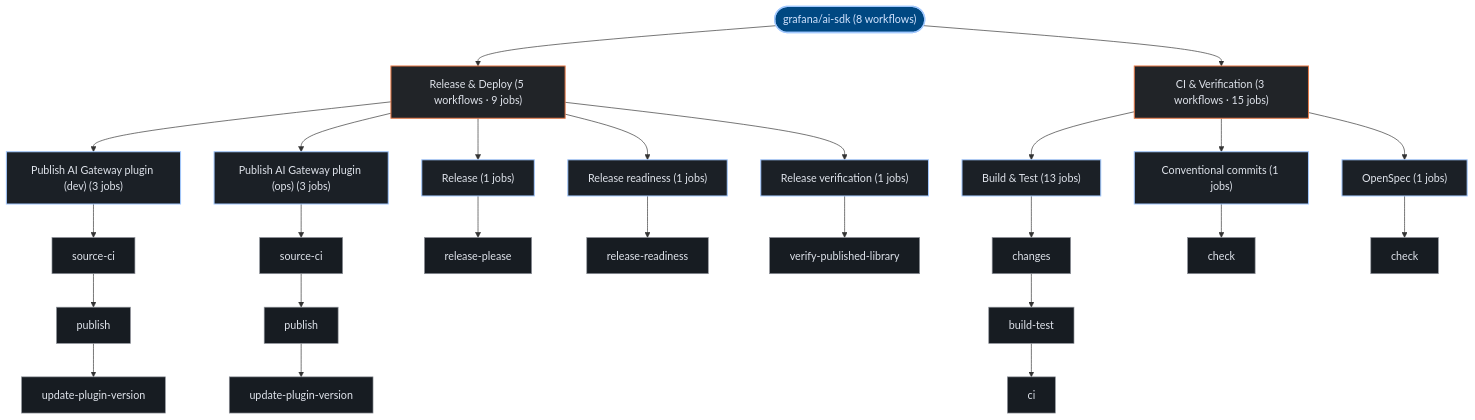
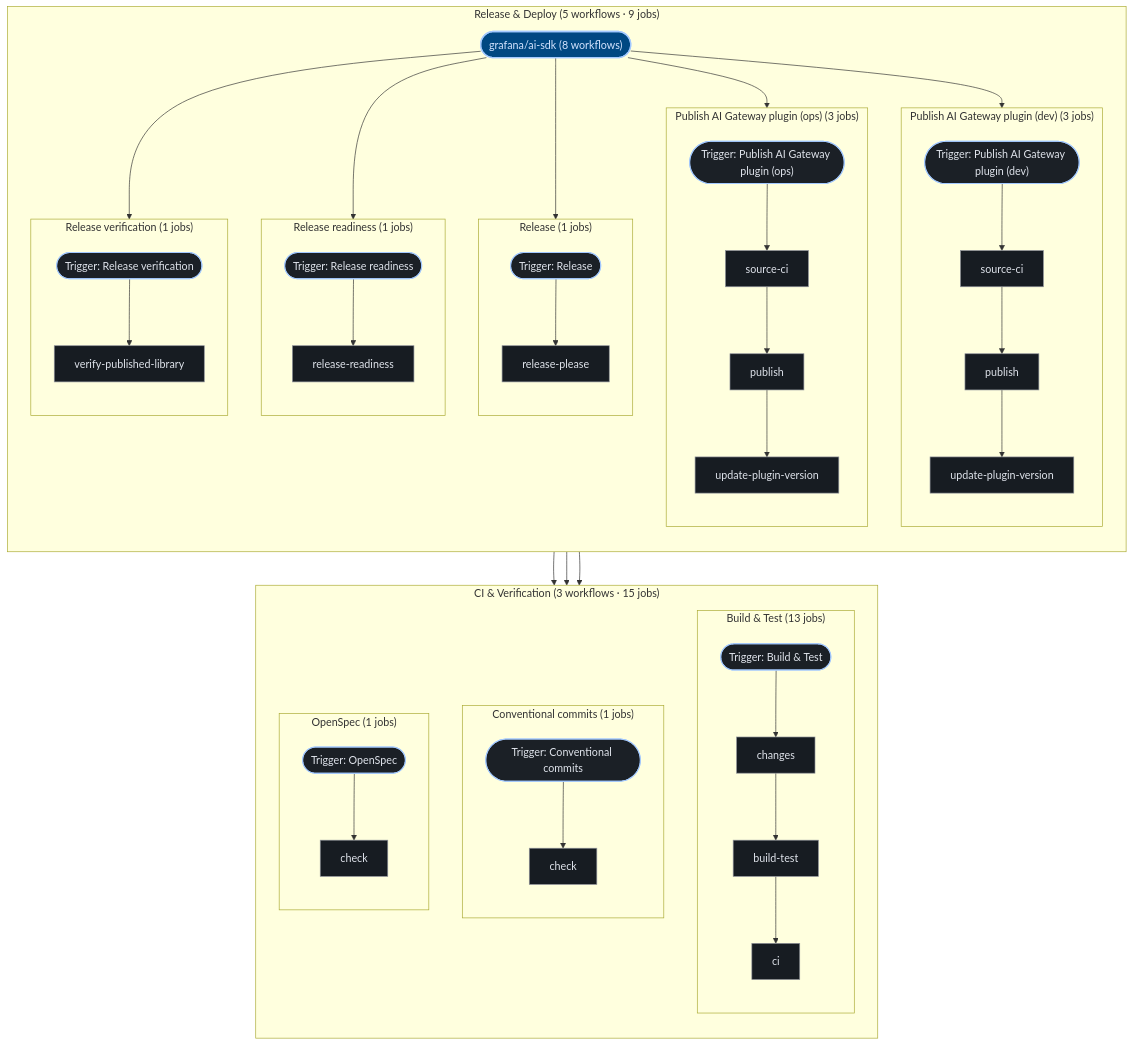
One commit to kumarshaz/atruss-code-atlas changed the third of 3 diagrams in exports/latest/reports/grafana-ai-sdk-report.md. Above: the diagram before and after it, drawn with Mermaid. The commit also changed 181 other files, not shown here.

````diff
--- a/exports/latest/reports/grafana-ai-sdk-report.md
+++ b/exports/latest/reports/grafana-ai-sdk-report.md
@@ -302,52 +302,78 @@
   classDef atlasAlert fill:#93000a,stroke:#ffb4ab,stroke-width:1.5px,color:#ffdad6
   classDef atlasMore fill:#252a31,stroke:#8d9199,stroke-dasharray:4 4,color:#c3c6cf
   pipeline_root(["grafana/ai-sdk (8 workflows)"]):::atlasRoot
-  grp_0_Release___Deploy["Release & Deploy (5 workflows · 9 jobs)"]:::atlasCategory
-  pipeline_root --> grp_0_Release___Deploy
-  wf_3_Publish_AI_Gateway_plugin__dev_["Publish AI Gateway plugin (dev) (3 jobs)"]:::atlasWorkflow
-  grp_0_Release___Deploy --> wf_3_Publish_AI_Gateway_plugin__dev_
-  job_3_source_ci["source-ci"]:::atlasJob
-  job_3_publish["publish"]:::atlasJob
-  job_3_update_plugin_version["update-plugin-version"]:::atlasJob
-  wf_3_Publish_AI_Gateway_plugin__dev_ --> job_3_source_ci
-  job_3_source_ci --> job_3_publish
-  job_3_publish --> job_3_update_plugin_version
-  wf_4_Publish_AI_Gateway_plugin__ops_["Publish AI Gateway plugin (ops) (3 jobs)"]:::atlasWorkflow
-  grp_0_Release___Deploy --> wf_4_Publish_AI_Gateway_plugin__ops_
-  job_4_source_ci["source-ci"]:::atlasJob
-  job_4_publish["publish"]:::atlasJob
-  job_4_update_plugin_version["update-plugin-version"]:::atlasJob
-  wf_4_Publish_AI_Gateway_plugin__ops_ --> job_4_source_ci
-  job_4_source_ci --> job_4_publish
-  job_4_publish --> job_4_update_plugin_version
-  wf_5_Release["Release (1 jobs)"]:::atlasWorkflow
-  grp_0_Release___Deploy --> wf_5_Release
-  job_5_release_please["release-please"]:::atlasJob
-  wf_5_Release --> job_5_release_please
-  wf_6_Release_readiness["Release readiness (1 jobs)"]:::atlasWorkflow
-  grp_0_Release___Deploy --> wf_6_Release_readiness
-  job_6_release_readiness["release-readiness"]:::atlasJob
-  wf_6_Release_readiness --> job_6_release_readiness
-  wf_7_Release_verification["Release verification (1 jobs)"]:::atlasWorkflow
-  grp_0_Release___Deploy --> wf_7_Release_verification
-  job_7_verify_published_library["verify-published-library"]:::atlasJob
-  wf_7_Release_verification --> job_7_verify_published_library
-  grp_1_CI___Verification["CI & Verification (3 workflows · 15 jobs)"]:::atlasCategory
-  pipeline_root --> grp_1_CI___Verification
-  wf_0_Build___Test["Build & Test (13 jobs)"]:::atlasWorkflow
-  grp_1_CI___Verification --> wf_0_Build___Test
-  job_0_changes["changes"]:::atlasJob
-  job_0_ci["ci"]:::atlasJob
-  job_0_build_test["build-test"]:::atlasJob
-  wf_0_Build___Test --> job_0_changes
-  job_0_build_test --> job_0_ci
-  job_0_changes --> job_0_build_test
-  wf_1_Conventional_commits["Conventional commits (1 jobs)"]:::atlasWorkflow
-  grp_1_CI___Verification --> wf_1_Conventional_commits
-  job_1_check["check"]:::atlasJob
-  wf_1_Conventional_commits --> job_1_check
-  wf_2_OpenSpec["OpenSpec (1 jobs)"]:::atlasWorkflow
-  grp_1_CI___Verification --> wf_2_OpenSpec
-  job_2_check["check"]:::atlasJob
-  wf_2_OpenSpec --> job_2_check
+  subgraph sg_grp_0_Release___Deploy["Release & Deploy (5 workflows · 9 jobs)"]
+    direction TB
+    subgraph sg_wf_3_Publish_AI_Gateway_plugin__dev_["Publish AI Gateway plugin (dev) (3 jobs)"]
+      direction TB
+      wf_3_Publish_AI_Gateway_plugin__dev_(["Trigger: Publish AI Gateway plugin (dev)"]):::atlasWorkflow
+      job_3_source_ci["source-ci"]:::atlasJob
+      job_3_publish["publish"]:::atlasJob
+      job_3_update_plugin_version["update-plugin-version"]:::atlasJob
+      wf_3_Publish_AI_Gateway_plugin__dev_ --> job_3_source_ci
+      job_3_source_ci --> job_3_publish
+      job_3_publish --> job_3_update_plugin_version
+    end
+    pipeline_root --> wf_3_Publish_AI_Gateway_plugin__dev_
+    subgraph sg_wf_4_Publish_AI_Gateway_plugin__ops_["Publish AI Gateway plugin (ops) (3 jobs)"]
+      direction TB
+      wf_4_Publish_AI_Gateway_plugin__ops_(["Trigger: Publish AI Gateway plugin (ops)"]):::atlasWorkflow
+      job_4_source_ci["source-ci"]:::atlasJob
+      job_4_publish["publish"]:::atlasJob
+      job_4_update_plugin_version["update-plugin-version"]:::atlasJob
+      wf_4_Publish_AI_Gateway_plugin__ops_ --> job_4_source_ci
+      job_4_source_ci --> job_4_publish
+      job_4_publish --> job_4_update_plugin_version
+    end
+    pipeline_root --> wf_4_Publish_AI_Gateway_plugin__ops_
+    subgraph sg_wf_5_Release["Release (1 jobs)"]
+      direction TB
+      wf_5_Release(["Trigger: Release"]):::atlasWorkflow
+      job_5_release_please["release-please"]:::atlasJob
+      wf_5_Release --> job_5_release_please
+    end
+    pipeline_root --> wf_5_Release
+    subgraph sg_wf_6_Release_readiness["Release readiness (1 jobs)"]
+      direction TB
+      wf_6_Release_readiness(["Trigger: Release readiness"]):::atlasWorkflow
+      job_6_release_readiness["release-readiness"]:::atlasJob
+      wf_6_Release_readiness --> job_6_release_readiness
+    end
+    pipeline_root --> wf_6_Release_readiness
+    subgraph sg_wf_7_Release_verification["Release verification (1 jobs)"]
+      direction TB
+      wf_7_Release_verification(["Trigger: Release verification"]):::atlasWorkflow
+      job_7_verify_published_library["verify-published-library"]:::atlasJob
+      wf_7_Release_verification --> job_7_verify_published_library
+    end
+    pipeline_root --> wf_7_Release_verification
+  end
+  subgraph sg_grp_1_CI___Verification["CI & Verification (3 workflows · 15 jobs)"]
+    direction TB
+    subgraph sg_wf_0_Build___Test["Build & Test (13 jobs)"]
+      direction TB
+      wf_0_Build___Test(["Trigger: Build & Test"]):::atlasWorkflow
+      job_0_changes["changes"]:::atlasJob
+      job_0_ci["ci"]:::atlasJob
+      job_0_build_test["build-test"]:::atlasJob
+      wf_0_Build___Test --> job_0_changes
+      job_0_build_test --> job_0_ci
+      job_0_changes --> job_0_build_test
+    end
+    pipeline_root --> wf_0_Build___Test
+    subgraph sg_wf_1_Conventional_commits["Conventional commits (1 jobs)"]
+      direction TB
+      wf_1_Conventional_commits(["Trigger: Conventional commits"]):::atlasWorkflow
+      job_1_check["check"]:::atlasJob
+      wf_1_Conventional_commits --> job_1_check
+    end
+    pipeline_root --> wf_1_Conventional_commits
+    subgraph sg_wf_2_OpenSpec["OpenSpec (1 jobs)"]
+      direction TB
+      wf_2_OpenSpec(["Trigger: OpenSpec"]):::atlasWorkflow
+      job_2_check["check"]:::atlasJob
+      wf_2_OpenSpec --> job_2_check
+    end
+    pipeline_root --> wf_2_OpenSpec
+  end
 ```
````
